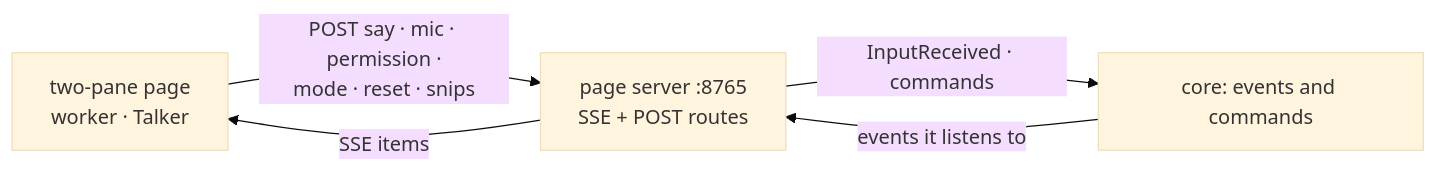
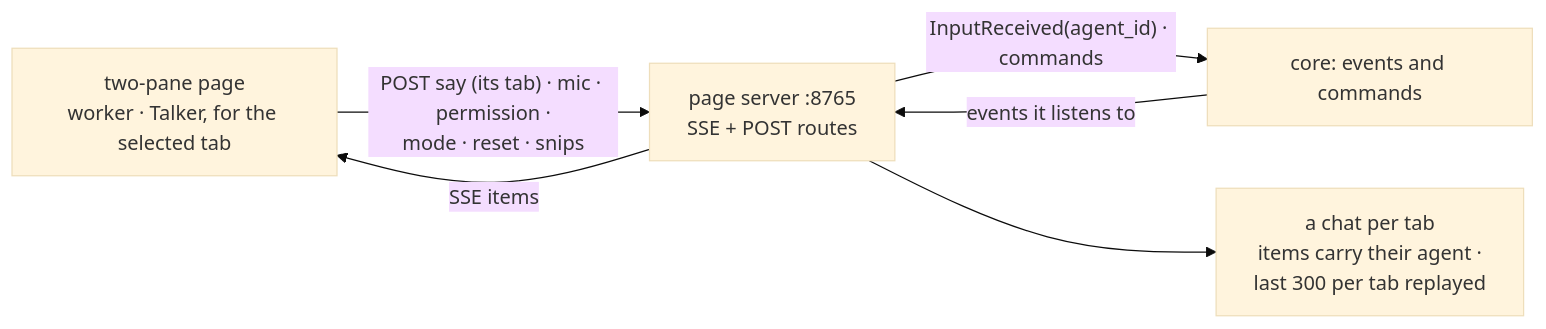
The diagram in docs/modules/temp_ui.md (sharramon/AI_Assistant), drawn with Mermaid (base theme) before and after one commit. The commit also changed other lines of this file and 321 other files, not shown here.

````diff
--- a/docs/modules/temp_ui.md
+++ b/docs/modules/temp_ui.md
@@ -32,11 +34,13 @@
 ```mermaid
 flowchart LR
-    Page["two-pane page<br/>worker · Talker"]
+    Page["two-pane page<br/>worker · Talker, for the selected tab"]
     Srv["page server :8765<br/>SSE + POST routes"]
     Core["core: events and commands"]
+    Chats["a chat per tab<br/>items carry their agent ·<br/>last 300 per tab replayed"]
 
-    Page -- "POST say · mic · permission ·<br/>mode · reset · snips" --> Srv
-    Srv -- "InputReceived · commands" --> Core
+    Page -- "POST say (its tab) · mic · permission ·<br/>mode · reset · snips" --> Srv
+    Srv -- "InputReceived(agent_id) · commands" --> Core
     Core -- "events it listens to" --> Srv
+    Srv --> Chats
     Srv -- "SSE items" --> Page
 ```
````
